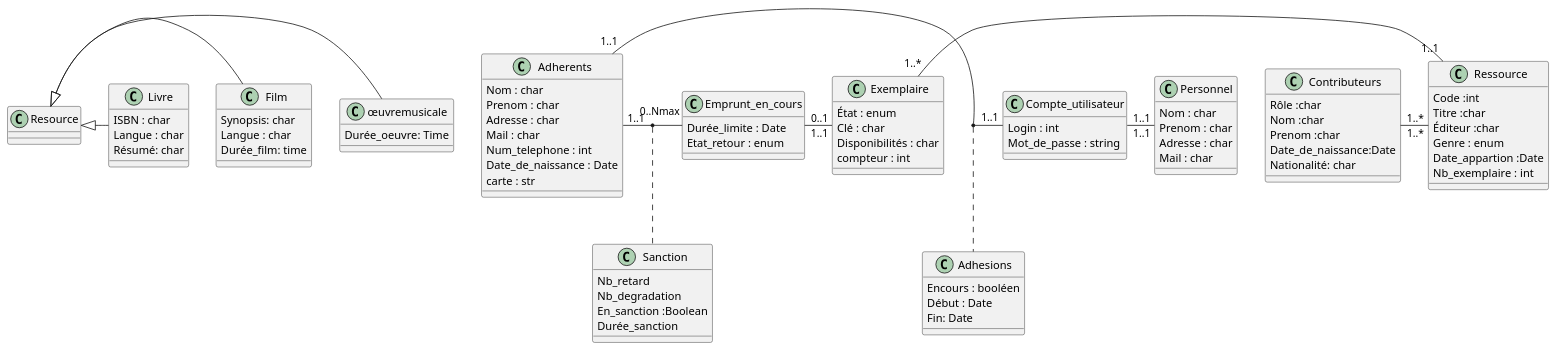
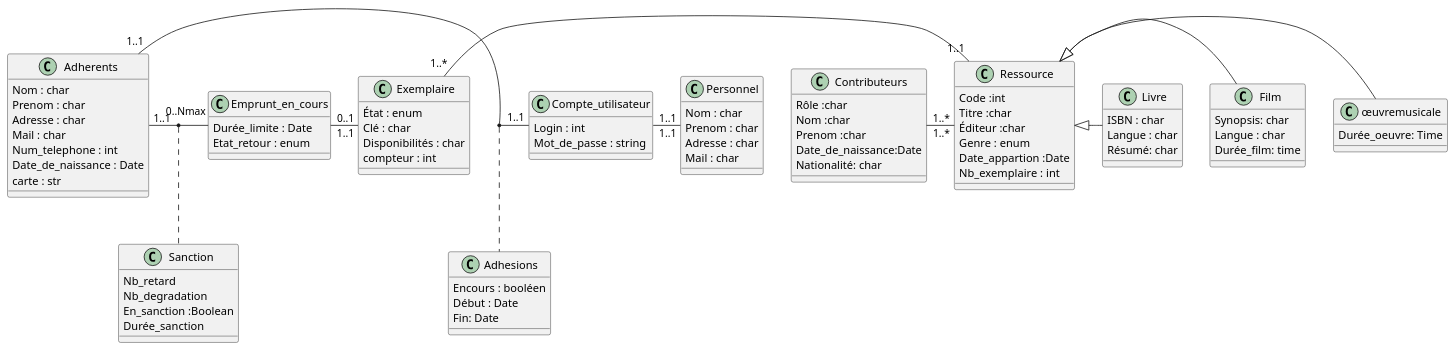
Before and after one commit to opoussin/ProjetBDD_Gestion_Bibliotheque: the diagram in Rendu1/UML.plantuml, drawn with PlantUML.

```diff
--- a/Rendu1/UML.plantuml
+++ b/Rendu1/UML.plantuml
@@ -1,96 +1,96 @@
 @startuml
 class Adhesions {
 Encours : booléen 
 Début : Date
 Fin: Date
 }
 
 class Adherents{
 Nom : char
 Prenom : char 
 Adresse : char 
 Mail : char
 Num_telephone : int
 Date_de_naissance : Date
 carte : str 
 }
 
 class Personnel{
 Nom : char
 Prenom : char 
 Adresse : char 
 Mail : char
 }
 
 class Exemplaire {
 État : enum
 Clé : char 
 Disponibilités : char 
 compteur : int 
 }
 
 Class Ressource { 
 Code :int 
 Titre :char
 Éditeur :char
 Genre : enum
 Date_appartion :Date
 Nb_exemplaire : int
 }
 
 class Livre {
 ISBN : char
 Langue : char 
 Résumé: char 
 }
 
 class Film {
 Synopsis: char
 Langue : char 
 Durée_film: time  
 }
 
 class œuvremusicale { 
 Durée_oeuvre: Time
 }
 
 Class Compte_utilisateur{
 Login : int
 Mot_de_passe : string
 }
 
 Class Sanction{
 Nb_retard
 Nb_degradation 
 En_sanction :Boolean 
 Durée_sanction 
 }
 
 Class Emprunt_en_cours{
 Durée_limite : Date
 Etat_retour : enum
 }
 
 Class Contributeurs{
 Rôle :char
 Nom :char
 Prenom :char
 Date_de_naissance:Date 
 Nationalité: char
 }
 
-Resource <|- œuvremusicale
-Resource <|- Film
-Resource <|- Livre
+Ressource <|- œuvremusicale
+Ressource <|- Film
+Ressource <|- Livre
 
 Adherents "1..1" - "1..1" Compte_utilisateur 
 (Adherents , Compte_utilisateur ) .. Adhesions
 
 Emprunt_en_cours "0..1" - "1..1" Exemplaire
 Contributeurs "1..*" - "1..*" Ressource
 Adherents "1..1" - "0..Nmax" Emprunt_en_cours 
 (Adherents , Emprunt_en_cours ) .. Sanction
 
 Compte_utilisateur "1..1" - "1..1" Personnel
 Exemplaire "1..*" - "1..1" Ressource
 @enduml
```
